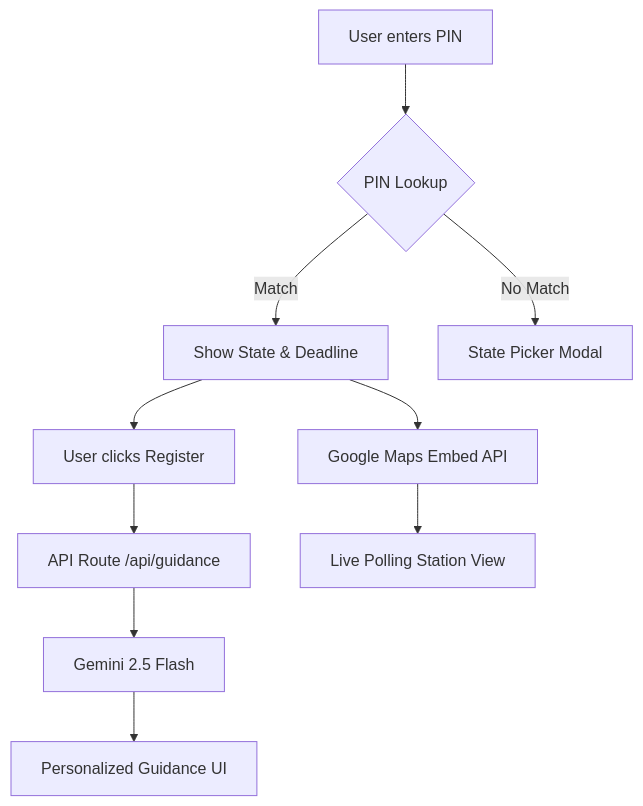
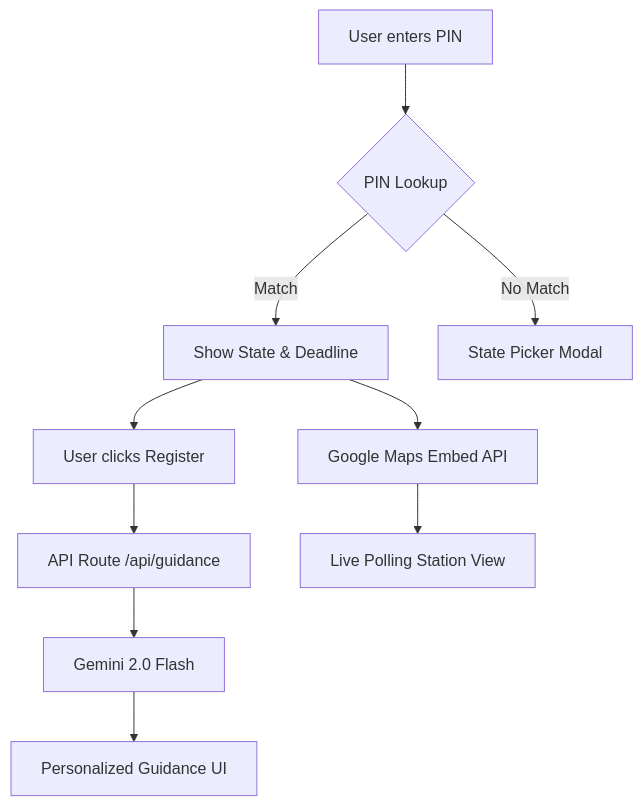
One commit to Rishet11/VoteReady-PromptWars changed the diagram in voteready/README.md. Above: the diagram before and after it, drawn with Mermaid. The commit also changed other lines of this file and 1 other file, not shown here.

Commit message:
feat: upgrade AI engine to Gemini 2.0 Flash for improved speed and reasoning

````diff
--- a/voteready/README.md
+++ b/voteready/README.md
@@ -30,12 +30,12 @@
 ```mermaid
 graph TD
     A[User enters PIN] --> B{PIN Lookup}
     B -->|Match| C[Show State & Deadline]
     B -->|No Match| D[State Picker Modal]
     C --> E[User clicks Register]
     E --> F[API Route /api/guidance]
-    F --> G[Gemini 2.5 Flash]
+    F --> G[Gemini 2.0 Flash]
     G --> H[Personalized Guidance UI]
     C --> I[Google Maps Embed API]
     I --> J[Live Polling Station View]
 ```
````
